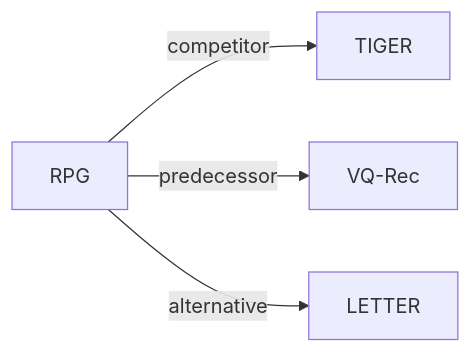
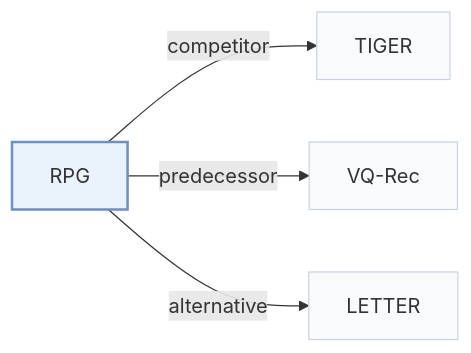
One commit to Galaxy-ghost/Awesome-SID-Generative-Rec changed the fourth of 4 diagrams in pages/papers/rpg.md. Above: the diagram before and after it, drawn with Mermaid. The commit also changed other lines of this file and 649 other files, not shown here.

Commit message:
writer-05: also tags and modality index (schema, check, build, visuals); summary field removed; calibration data for 12 papers

````diff
--- a/pages/papers/rpg.md
+++ b/pages/papers/rpg.md
@@ -229,7 +243,11 @@
 ```mermaid
 flowchart LR
     P["RPG"]
-    P -->|competitor| A["TIGER"]
-    P -->|predecessor| B["VQ-Rec"]
-    P -->|alternative| C["LETTER"]
+    P -->|"competitor"| A["TIGER"]
+    P -->|"predecessor"| B["VQ-Rec"]
+    P -->|"alternative"| C["LETTER"]
+    classDef main fill:#eaf2fb,stroke:#6b8fc7,stroke-width:2px
+    classDef peer fill:#f8fafc,stroke:#cbd5e1
+    class P main
+    class A,B,C peer
 ```
````
